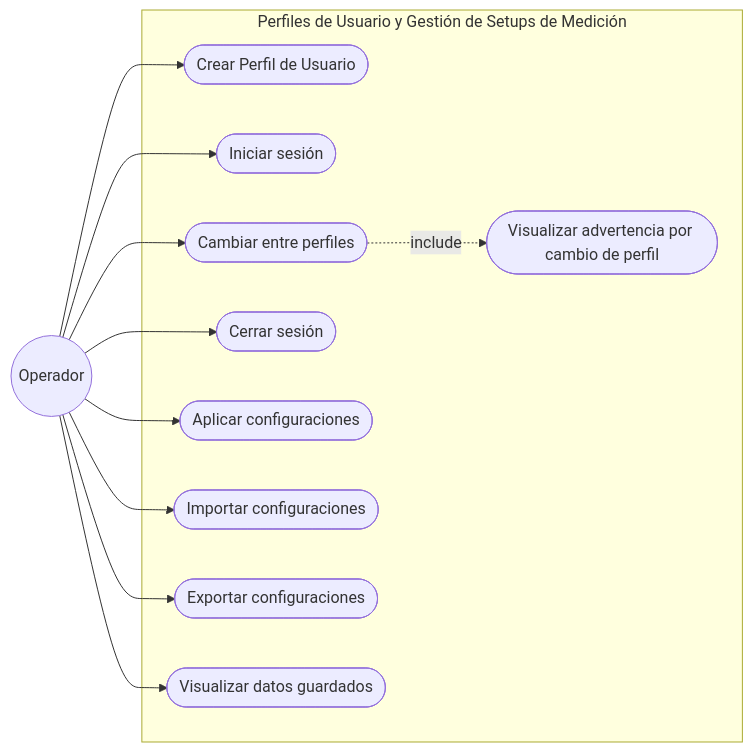
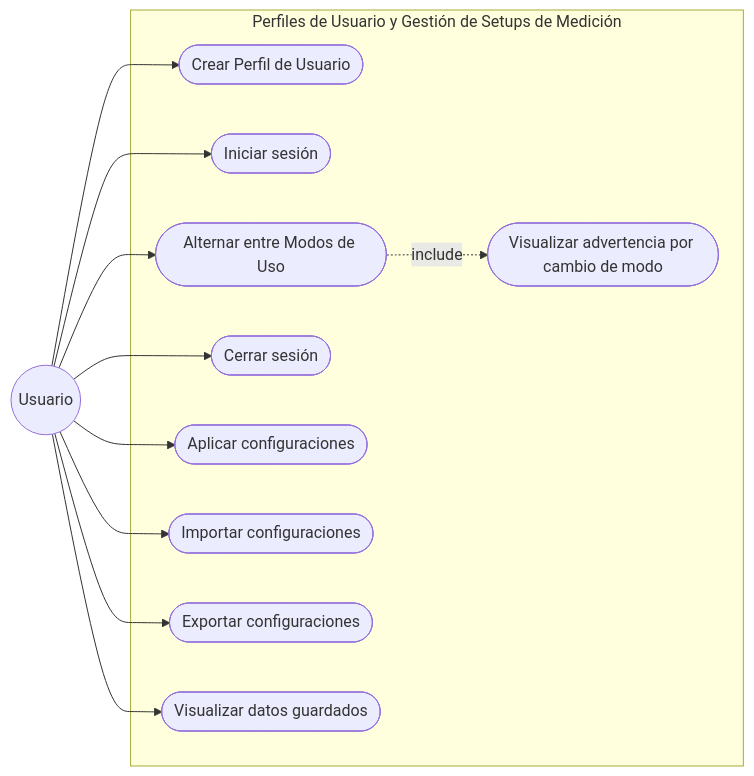
One commit to alegrelias/Repo-GMini changed the tenth of 22 diagrams in Gmini-MarkDown/Guanaco Mini.md. Above: the diagram before and after it, drawn with Mermaid. The commit also changed other lines of this file, not shown here.

Commit message:
Se agregan diagramas de CU actualizados al documento

````diff
--- a/Gmini-MarkDown/Guanaco Mini.md
+++ b/Gmini-MarkDown/Guanaco Mini.md
@@ -683,32 +683,32 @@
 ```mermaid
 flowchart LR
 %% Actores
-Operador((Operador))
+Usuario((Usuario))
 
 subgraph Perfiles de Usuario y Gestión de Setups de Medición
 	CU1([Crear Perfil de Usuario])
 	CU2([Iniciar sesión])
-	CU3([Cambiar entre perfiles])
+	CU3([Alternar entre Modos de Uso])
 	CU4([Cerrar sesión])
-	CU5([Visualizar advertencia por cambio de perfil])
+	CU5([Visualizar advertencia por cambio de modo])
 	CU6([Aplicar configuraciones])
 	CU7([Importar configuraciones])
 	CU8([Exportar configuraciones])
 	CU9([Visualizar datos guardados])
 end
 
 %% Asociaciones
-Operador --> CU1
-Operador --> CU2
-Operador --> CU3
-Operador --> CU4
-Operador --> CU6
-Operador --> CU7
-Operador --> CU8
-Operador --> CU9
+Usuario --> CU1
+Usuario --> CU2
+Usuario --> CU3
+Usuario --> CU4
+Usuario --> CU6
+Usuario --> CU7
+Usuario --> CU8
+Usuario --> CU9
 
 
 %% Relaciones Include/Extend
 
 CU3 -.include.-> CU5
 ```
````
